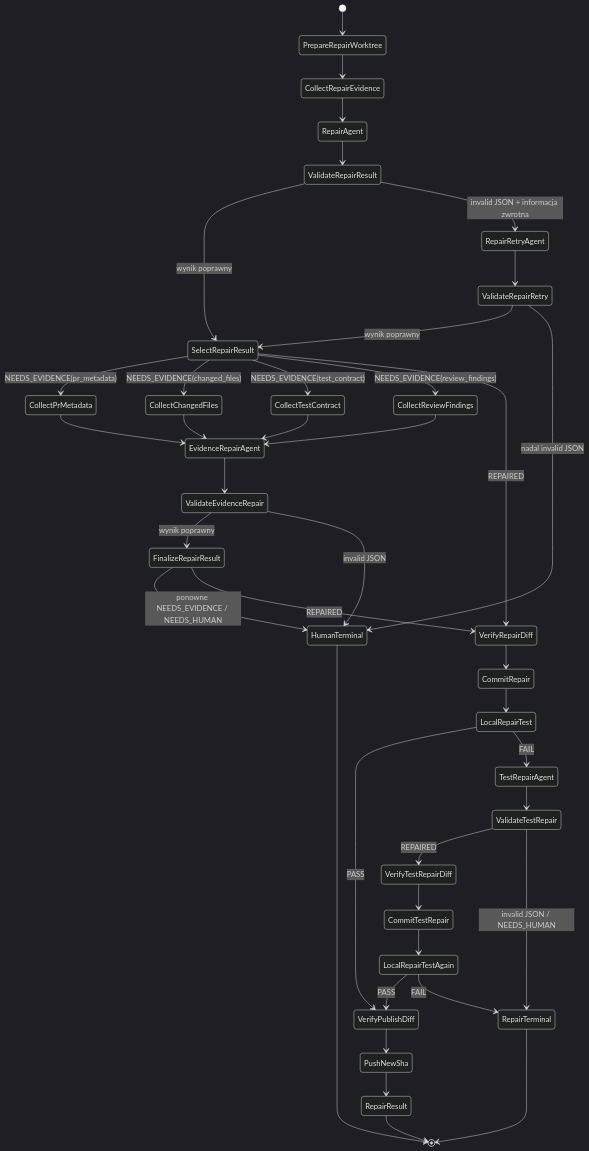
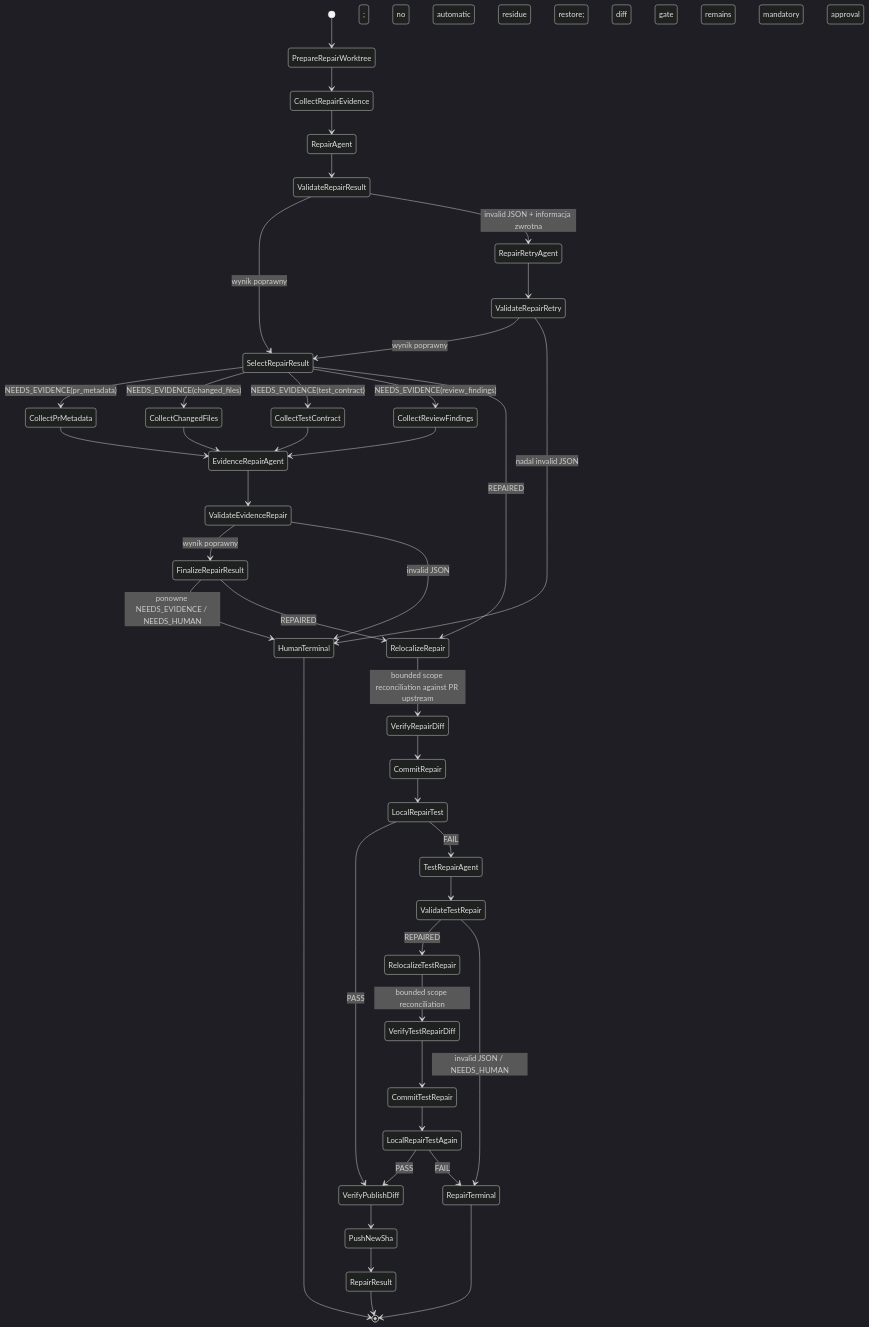
Diagram 52 of 53 in README.md (mikolaj92/lokay), drawn with Mermaid (dark theme) before and after one commit. The commit also changed other lines of this file and 63 other files, not shown here.

Commit message:
fix: restore delivery flow and bounded recovery across Fala graphs

````diff
--- a/README.md
+++ b/README.md
@@ -1490,42 +1503,44 @@
 ```mermaid
 stateDiagram-v2
     [*] --> PrepareRepairWorktree
     PrepareRepairWorktree --> CollectRepairEvidence
     CollectRepairEvidence --> RepairAgent
     RepairAgent --> ValidateRepairResult
     ValidateRepairResult --> SelectRepairResult: wynik poprawny
     ValidateRepairResult --> RepairRetryAgent: invalid JSON + informacja zwrotna
     RepairRetryAgent --> ValidateRepairRetry
     ValidateRepairRetry --> SelectRepairResult: wynik poprawny
     ValidateRepairRetry --> HumanTerminal: nadal invalid JSON
     SelectRepairResult --> CollectPrMetadata: NEEDS_EVIDENCE(pr_metadata)
     SelectRepairResult --> CollectChangedFiles: NEEDS_EVIDENCE(changed_files)
     SelectRepairResult --> CollectTestContract: NEEDS_EVIDENCE(test_contract)
     SelectRepairResult --> CollectReviewFindings: NEEDS_EVIDENCE(review_findings)
     CollectPrMetadata --> EvidenceRepairAgent
     CollectChangedFiles --> EvidenceRepairAgent
     CollectTestContract --> EvidenceRepairAgent
     CollectReviewFindings --> EvidenceRepairAgent
     EvidenceRepairAgent --> ValidateEvidenceRepair
     ValidateEvidenceRepair --> FinalizeRepairResult: wynik poprawny
     ValidateEvidenceRepair --> HumanTerminal: invalid JSON
     FinalizeRepairResult --> HumanTerminal: ponowne NEEDS_EVIDENCE / NEEDS_HUMAN
-    SelectRepairResult --> VerifyRepairDiff: REPAIRED
-    FinalizeRepairResult --> VerifyRepairDiff: REPAIRED
+    SelectRepairResult --> RelocalizeRepair: REPAIRED
+    FinalizeRepairResult --> RelocalizeRepair: REPAIRED
+    RelocalizeRepair --> VerifyRepairDiff: bounded scope reconciliation against PR upstream; no automatic residue restore; diff gate remains mandatory
     VerifyRepairDiff --> CommitRepair
     CommitRepair --> LocalRepairTest
     LocalRepairTest --> VerifyPublishDiff: PASS
     LocalRepairTest --> TestRepairAgent: FAIL
     TestRepairAgent --> ValidateTestRepair
-    ValidateTestRepair --> VerifyTestRepairDiff: REPAIRED
+    ValidateTestRepair --> RelocalizeTestRepair: REPAIRED
+    RelocalizeTestRepair --> VerifyTestRepairDiff: bounded scope reconciliation; no automatic approval
     ValidateTestRepair --> RepairTerminal: invalid JSON / NEEDS_HUMAN
     VerifyTestRepairDiff --> CommitTestRepair
     CommitTestRepair --> LocalRepairTestAgain
     LocalRepairTestAgain --> VerifyPublishDiff: PASS
     LocalRepairTestAgain --> RepairTerminal: FAIL
     VerifyPublishDiff --> PushNewSha
     PushNewSha --> RepairResult
     RepairResult --> [*]
     HumanTerminal --> [*]
     RepairTerminal --> [*]
 ```
````
